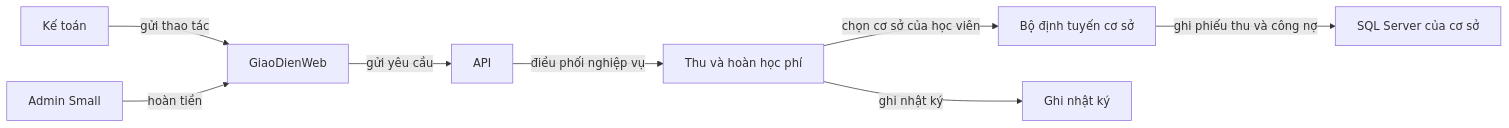
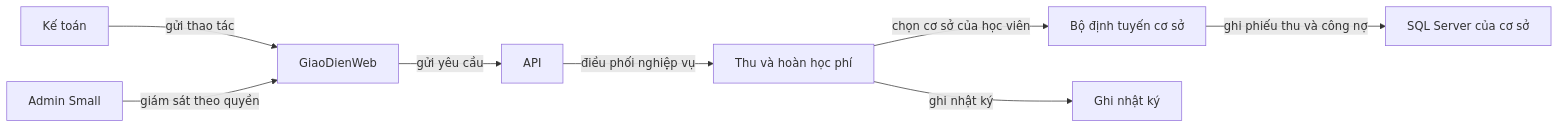
Before and after one commit to Quochieu2005/language-center-management: the tenth of 23 diagrams in README.md, drawn with Mermaid. The commit also changed other lines of this file and 20 other files, not shown here.

````diff
--- a/README.md
+++ b/README.md
@@ -345,10 +345,10 @@
 ```mermaid
 flowchart LR
     KeToan["Kế toán"] -->|gửi thao tác| GiaoDienWeb["GiaoDienWeb"]
     GiaoDienWeb["GiaoDienWeb"] -->|gửi yêu cầu| API["API"]
     API["API"] -->|điều phối nghiệp vụ| ThuHoanHocPhi["Thu và hoàn học phí"]
     ThuHoanHocPhi["Thu và hoàn học phí"] -->|chọn cơ sở của học viên| SiteRouter["Bộ định tuyến cơ sở"]
     SiteRouter["Bộ định tuyến cơ sở"] -->|ghi phiếu thu và công nợ| SQLServer_CSDL_Site["SQL Server của cơ sở"]
-    Admin_Small["Admin Small"] -->|hoàn tiền| GiaoDienWeb["GiaoDienWeb"]
+    Admin_Small["Admin Small"] -->|giám sát theo quyền| GiaoDienWeb["GiaoDienWeb"]
     ThuHoanHocPhi["Thu và hoàn học phí"] -->|ghi nhật ký| GhiNhatKy["Ghi nhật ký"]
 ```
````
